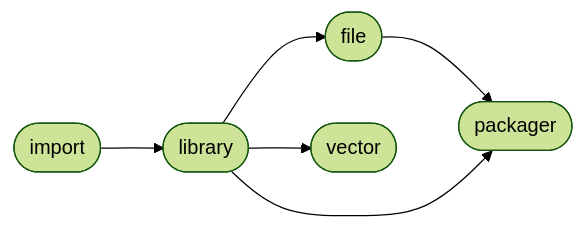
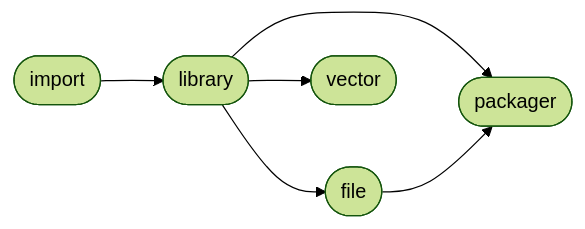
The diagram in README.md (Mandera/Mandera), drawn with Mermaid (forest theme) before and after one commit. The commit also changed other lines of this file, not shown here.

````diff
--- a/README.md
+++ b/README.md
@@ -7,13 +7,13 @@
 ```mermaid
 flowchart LR
+1([library]) --> 4([packager])
 1([library]) --> 3([vector])
+1([library]) --> 2([file])
+0([import]) --> 1([library])
 2([file]) --> 4([packager])
-1([library]) --> 4([packager])
-0([import]) --> 1([library])
-1([library]) --> 2([file])
 click 0 "https://github.com/ManderaGeneral/generalimport"
 click 1 "https://github.com/ManderaGeneral/generallibrary"
 click 2 "https://github.com/ManderaGeneral/generalfile"
 click 3 "https://github.com/ManderaGeneral/generalvector"
 click 4 "https://github.com/ManderaGeneral/generalpackager"
 ```
````
